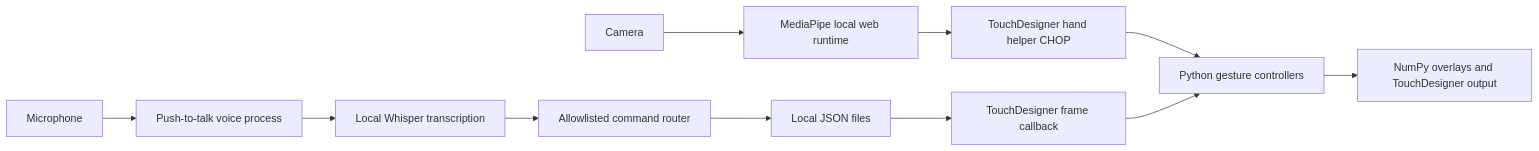
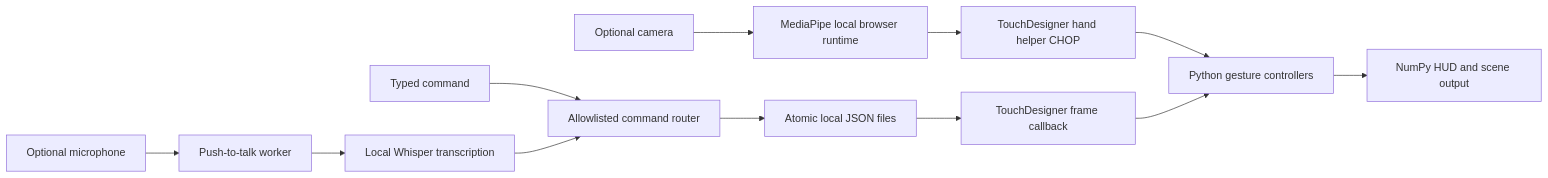
The diagram in README.md (daley-tyler/jarvis-interface), drawn with Mermaid before and after one commit. The commit also changed other lines of this file and 7 other files, not shown here.

````diff
--- a/README.md
+++ b/README.md
@@ -13,13 +31,14 @@
 ```mermaid
 flowchart LR
-    Camera --> MediaPipe[MediaPipe local web runtime]
-    MediaPipe --> Helpers[TouchDesigner hand helper CHOP]
-    Helpers --> Gestures[Python gesture controllers]
-    Microphone --> Panel[Push-to-talk voice process]
-    Panel --> Whisper[Local Whisper transcription]
-    Whisper --> Router[Allowlisted command router]
-    Router --> JSON[Local JSON files]
-    JSON --> Bridge[TouchDesigner frame callback]
-    Bridge --> Gestures
-    Gestures --> HUD[NumPy overlays and TouchDesigner output]
+    Camera[Optional camera] --> MediaPipe[MediaPipe local browser runtime]
+    MediaPipe --> Hand[TouchDesigner hand helper CHOP]
+    Hand --> Controls[Python gesture controllers]
+    Mic[Optional microphone] --> PTT[Push-to-talk worker]
+    PTT --> Whisper[Local Whisper transcription]
+    Typed[Typed command] --> Router[Allowlisted command router]
+    Whisper --> Router
+    Router --> Files[Atomic local JSON files]
+    Files --> Bridge[TouchDesigner frame callback]
+    Bridge --> Controls
+    Controls --> HUD[NumPy HUD and scene output]
 ```
````
